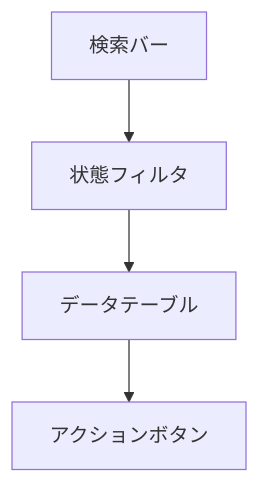
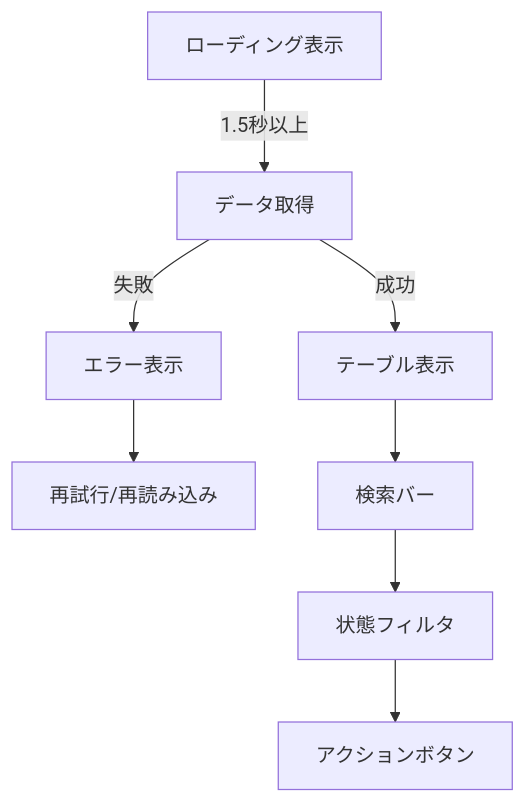
One commit to Kensan196948G/OneDriveforBusinessManagementSystem changed the diagram in Doc/WebUI_仕様書_GetOneDriveQuota.md. Above: the diagram before and after it, drawn with Mermaid. The commit also changed other lines of this file and 6 other files, not shown here.

````diff
--- a/Doc/WebUI_仕様書_GetOneDriveQuota.md
+++ b/Doc/WebUI_仕様書_GetOneDriveQuota.md
@@ -14,6 +16,10 @@
 ```mermaid
 graph TD
-    A[検索バー] --> B[状態フィルタ]
-    B --> C[データテーブル]
-    C --> D[アクションボタン]
+    A[ローディング表示] -->|1.5秒以上| B[データ取得]
+    B -->|成功| C[テーブル表示]
+    B -->|失敗| D[エラー表示]
+    D --> E[再試行/再読み込み]
+    C --> F[検索バー]
+    F --> G[状態フィルタ]
+    G --> H[アクションボタン]
 ```
````
